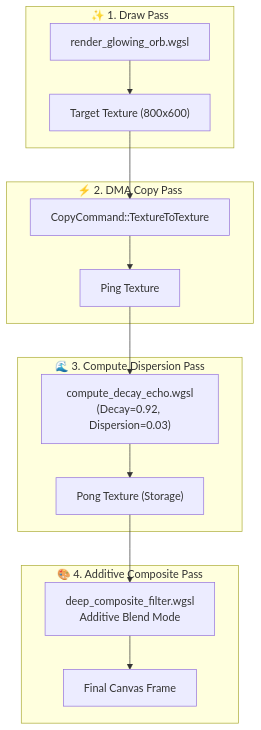
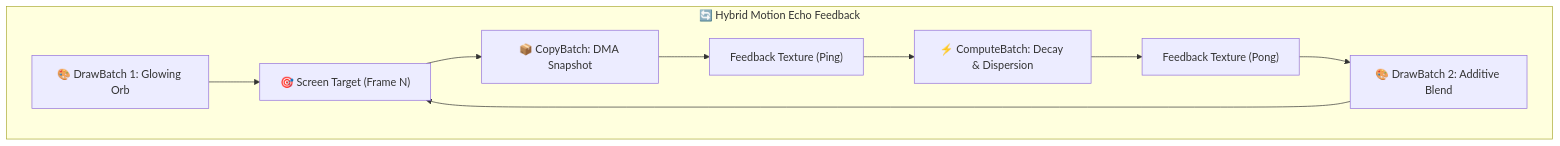
One commit to danphong23/ifol-animation changed the diagram in crates/ifol-gpu/tests/reports/tc105_pingpong_echo_report.md. Above: the diagram before and after it, drawn with Mermaid. The commit also changed other lines of this file and 110 other files, not shown here.

````diff
--- a/crates/ifol-gpu/tests/reports/tc105_pingpong_echo_report.md
+++ b/crates/ifol-gpu/tests/reports/tc105_pingpong_echo_report.md
@@ -24,26 +21,20 @@
 ```mermaid
 flowchart TD
-    subgraph Step_1["✨ 1. Draw Pass"]
-        ORB_SHADER["render_glowing_orb.wgsl"]
-        TARGET_TEX["Target Texture (800x600)"]
-        ORB_SHADER --> TARGET_TEX
-    end
+    subgraph Hybrid_Echo_Loop["🔄 Hybrid Motion Echo Feedback"]
+        TARGET["🎯 Screen Target (Frame N)"]
+        ORB["🎨 DrawBatch 1: Glowing Orb"]
+        COPY["📦 CopyBatch: DMA Snapshot"]
+        PING["Feedback Texture (Ping)"]
+        COMP["⚡ ComputeBatch: Decay & Dispersion"]
+        PONG["Feedback Texture (Pong)"]
+        COMPOSITE["🎨 DrawBatch 2: Additive Blend"]
 
-    subgraph Step_2["⚡ 2. DMA Copy Pass"]
-        DMA["CopyCommand::TextureToTexture"]
-        PING_TEX["Ping Texture"]
-        TARGET_TEX --> DMA --> PING_TEX
-    end
-
-    subgraph Step_3["🌊 3. Compute Dispersion Pass"]
-        CS["compute_decay_echo.wgsl<br/>(Decay=0.92, Dispersion=0.03)"]
-        PONG_TEX["Pong Texture (Storage)"]
-        PING_TEX --> CS --> PONG_TEX
-    end
-
-    subgraph Step_4["🎨 4. Additive Composite Pass"]
-        ADD_PASS["deep_composite_filter.wgsl<br/>Additive Blend Mode"]
-        CANVAS["Final Canvas Frame"]
-        PONG_TEX --> ADD_PASS --> CANVAS
+        ORB --> TARGET
+        TARGET --> COPY
+        COPY --> PING
+        PING --> COMP
+        COMP --> PONG
+        PONG --> COMPOSITE
+        COMPOSITE --> TARGET
     end
 ```
````
